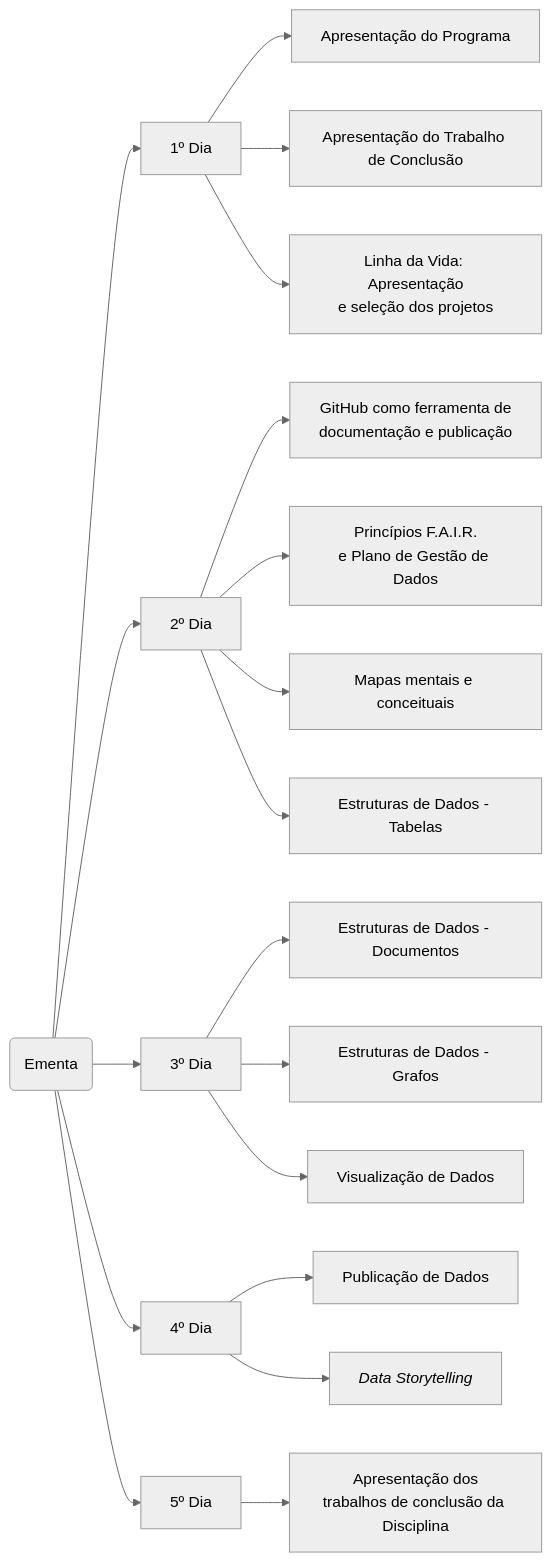
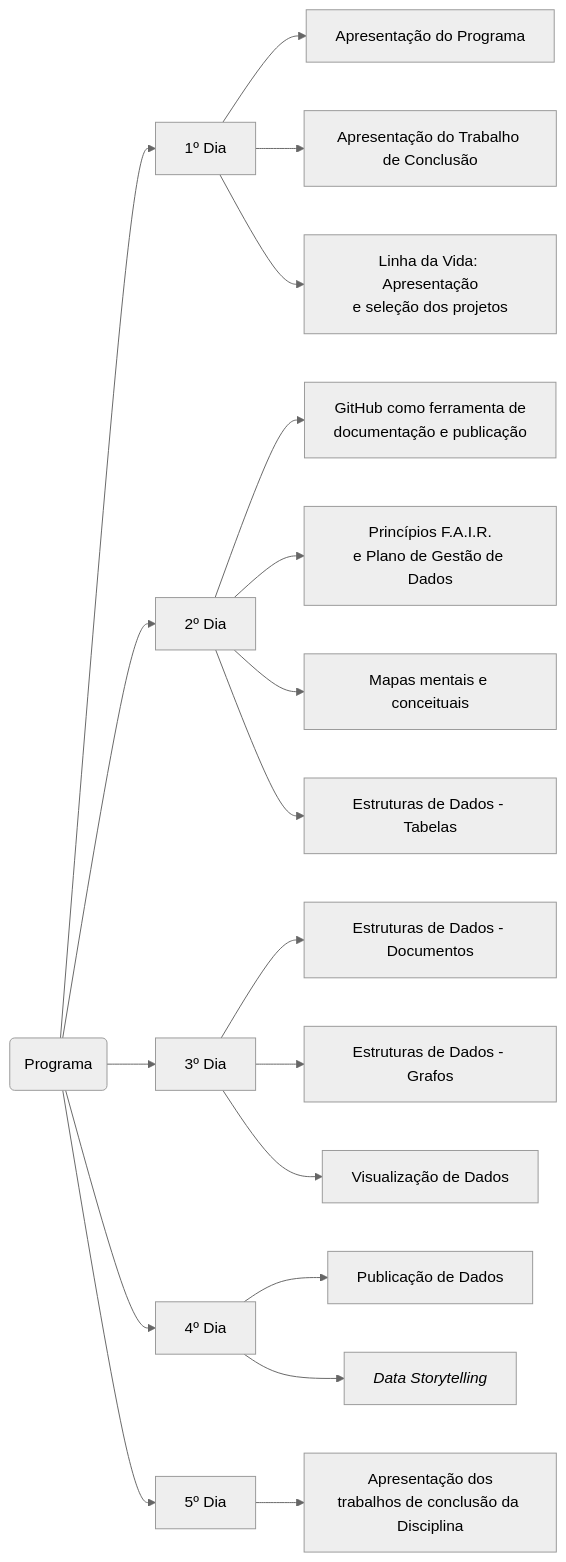
One commit to edalcin/eb11302 changed the diagram in 2024/README.md. Above: the diagram before and after it, drawn with Mermaid (neutral theme).

````diff
--- a/2024/README.md
+++ b/2024/README.md
@@ -7,21 +7,21 @@
 ```mermaid
 graph LR
-    00(Ementa) --> 01[1º Dia]
+    00(Programa) --> 01[1º Dia]
         01 --> 01.1[Apresentação do Programa]
         01 --> 01.2[Apresentação do Trabalho de Conclusão]
         01 --> 01.3["Linha da Vida": Apresentação<br>e seleção dos projetos]
     00 --> 02[2º Dia] 
         02 --> 02.1[GitHub como ferramenta de<br>documentação e publicação]
         02 --> 02.2[Princípios F.A.I.R.<br>e Plano de Gestão de Dados]
         02 --> 02.3[Mapas mentais e conceituais]
         02 --> 02.4[Estruturas de Dados - Tabelas]
     00 --> 03[3º Dia]
         03 --> 03.1[Estruturas de Dados - Documentos]
         03 --> 03.2[Estruturas de Dados - Grafos]
         03 --> 03.3[Visualização de Dados]
     00 --> 04[4º Dia]
         04 --> 04.1[Publicação de Dados]
         04 --> 04.2[<i>Data Storytelling</i>]
     00 --> 05[5º Dia]
         05 --> 05.1[Apresentação dos<br>trabalhos de conclusão da Disciplina]
 ```
````
